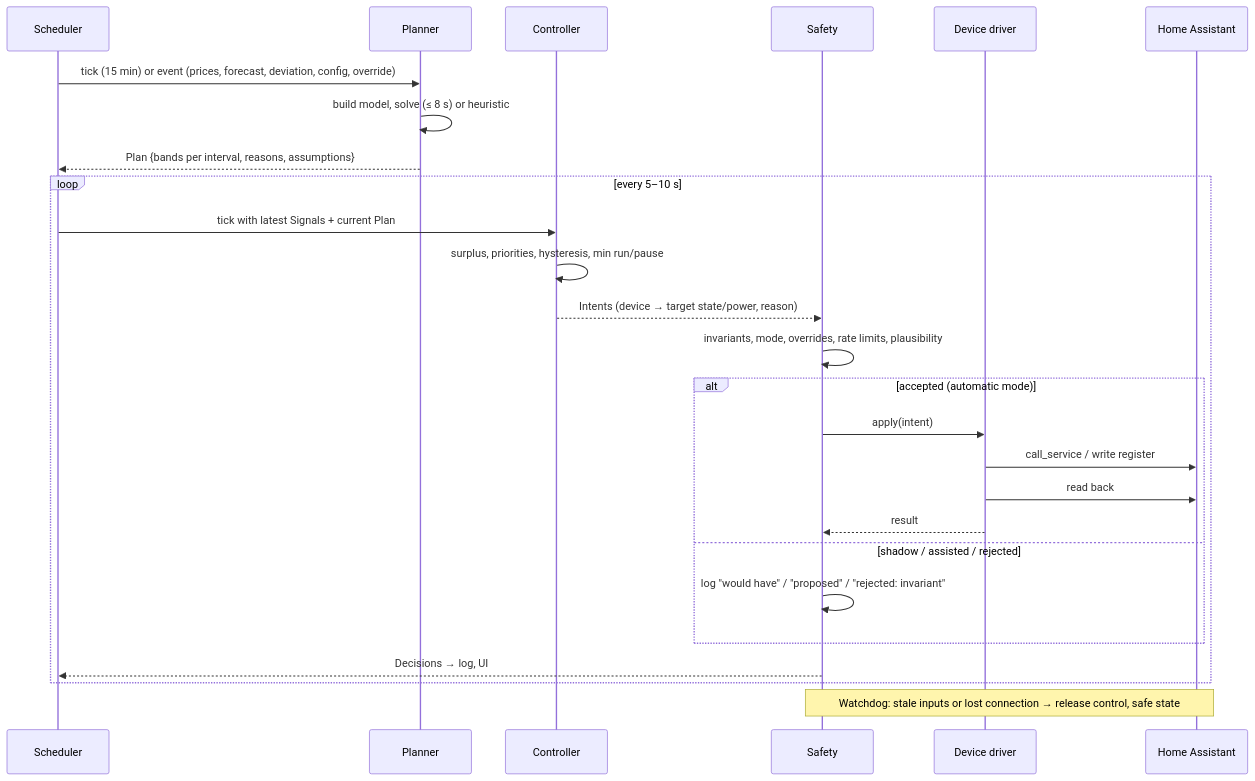
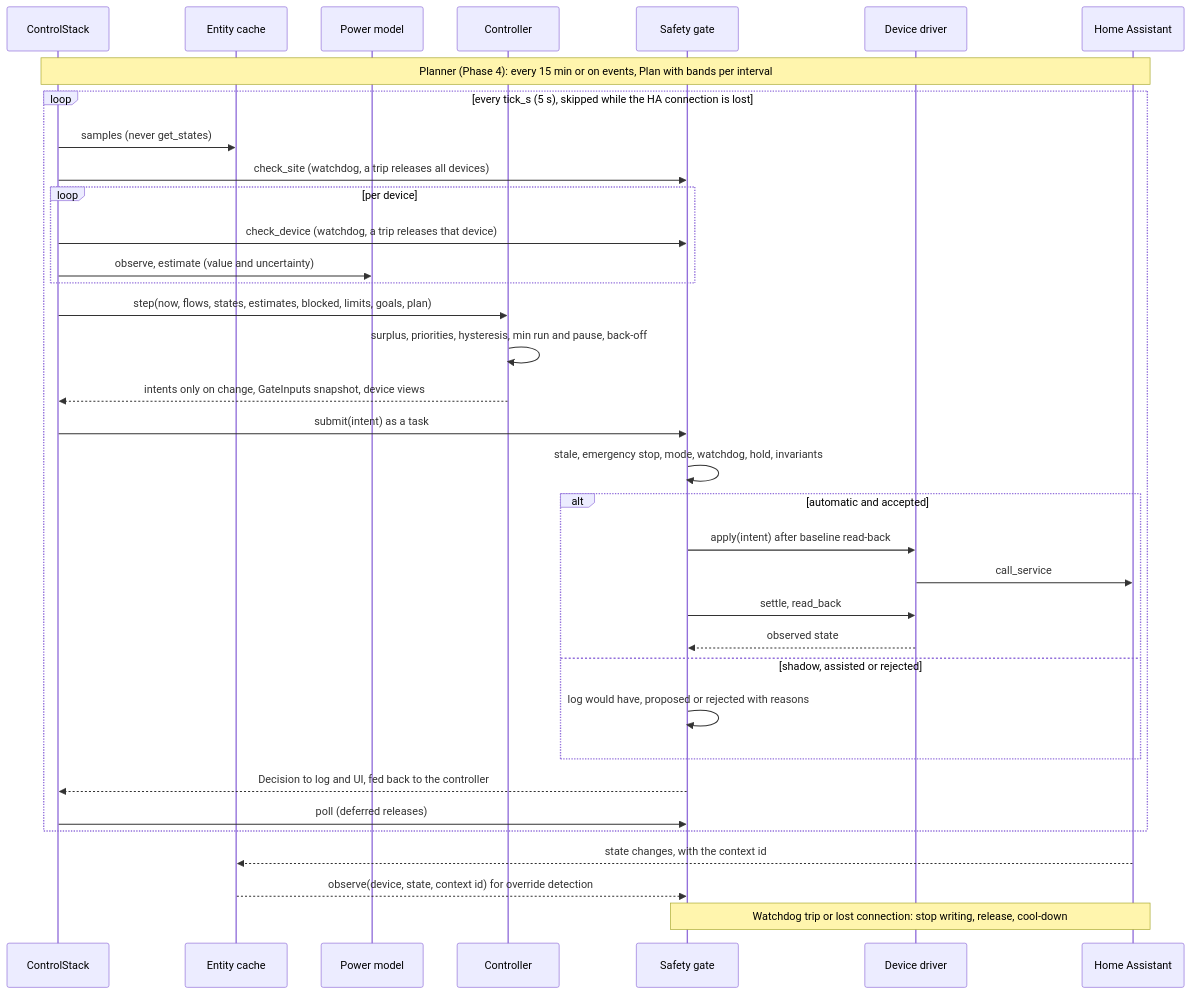
Before and after one commit to PXLJAKE/SunCore: the fourth of 8 diagrams in docs/architecture.md, drawn with Mermaid. The commit also changed other lines of this file and 12 other files, not shown here.

First line of the commit message:
docs: surplus control guide, architecture and status for phase 3

````diff
--- a/docs/architecture.md
+++ b/docs/architecture.md
@@ -145,29 +152,38 @@
 ```mermaid
 sequenceDiagram
-    participant S as Scheduler
-    participant P as Planner
+    participant S as ControlStack
+    participant X as Entity cache
+    participant M as Power model
     participant C as Controller
-    participant F as Safety
+    participant F as Safety gate
     participant D as Device driver
     participant H as Home Assistant
 
-    S->>P: tick (15 min) or event (prices, forecast, deviation, config, override)
-    P->>P: build model, solve (≤ 8 s) or heuristic
-    P-->>S: Plan {bands per interval, reasons, assumptions}
-    loop every 5–10 s
-        S->>C: tick with latest Signals + current Plan
-        C->>C: surplus, priorities, hysteresis, min run/pause
-        C-->>F: Intents (device → target state/power, reason)
-        F->>F: invariants, mode, overrides, rate limits, plausibility
-        alt accepted (automatic mode)
-            F->>D: apply(intent)
-            D->>H: call_service / write register
-            D->>H: read back
-            D-->>F: result
-        else shadow / assisted / rejected
-            F->>F: log "would have" / "proposed" / "rejected: invariant"
+    Note over S,H: Planner (Phase 4): every 15 min or on events, Plan with bands per interval
+    loop every tick_s (5 s), skipped while the HA connection is lost
+        S->>X: samples (never get_states)
+        S->>F: check_site (watchdog, a trip releases all devices)
+        loop per device
+            S->>F: check_device (watchdog, a trip releases that device)
+            S->>M: observe, estimate (value and uncertainty)
         end
-        F-->>S: Decisions → log, UI
+        S->>C: step(now, flows, states, estimates, blocked, limits, goals, plan)
+        C->>C: surplus, priorities, hysteresis, min run and pause, back-off
+        C-->>S: intents only on change, GateInputs snapshot, device views
+        S->>F: submit(intent) as a task
+        F->>F: stale, emergency stop, mode, watchdog, hold, invariants
+        alt automatic and accepted
+            F->>D: apply(intent) after baseline read-back
+            D->>H: call_service
+            F->>D: settle, read_back
+            D-->>F: observed state
+        else shadow, assisted or rejected
+            F->>F: log would have, proposed or rejected with reasons
+        end
+        F-->>S: Decision to log and UI, fed back to the controller
+        S->>F: poll (deferred releases)
     end
-    Note over F,H: Watchdog: stale inputs or lost connection → release control, safe state
+    H-->>X: state changes, with the context id
+    X-->>F: observe(device, state, context id) for override detection
+    Note over F,H: Watchdog trip or lost connection: stop writing, release, cool-down
 ```
````
